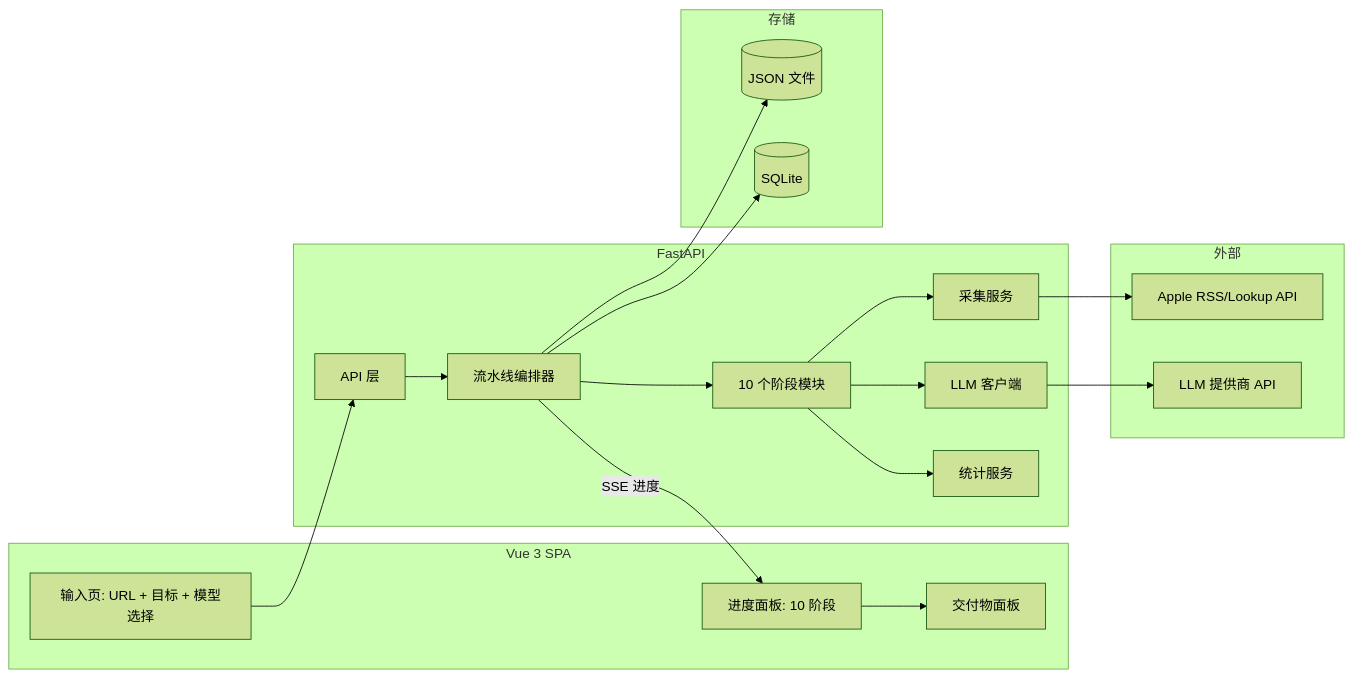
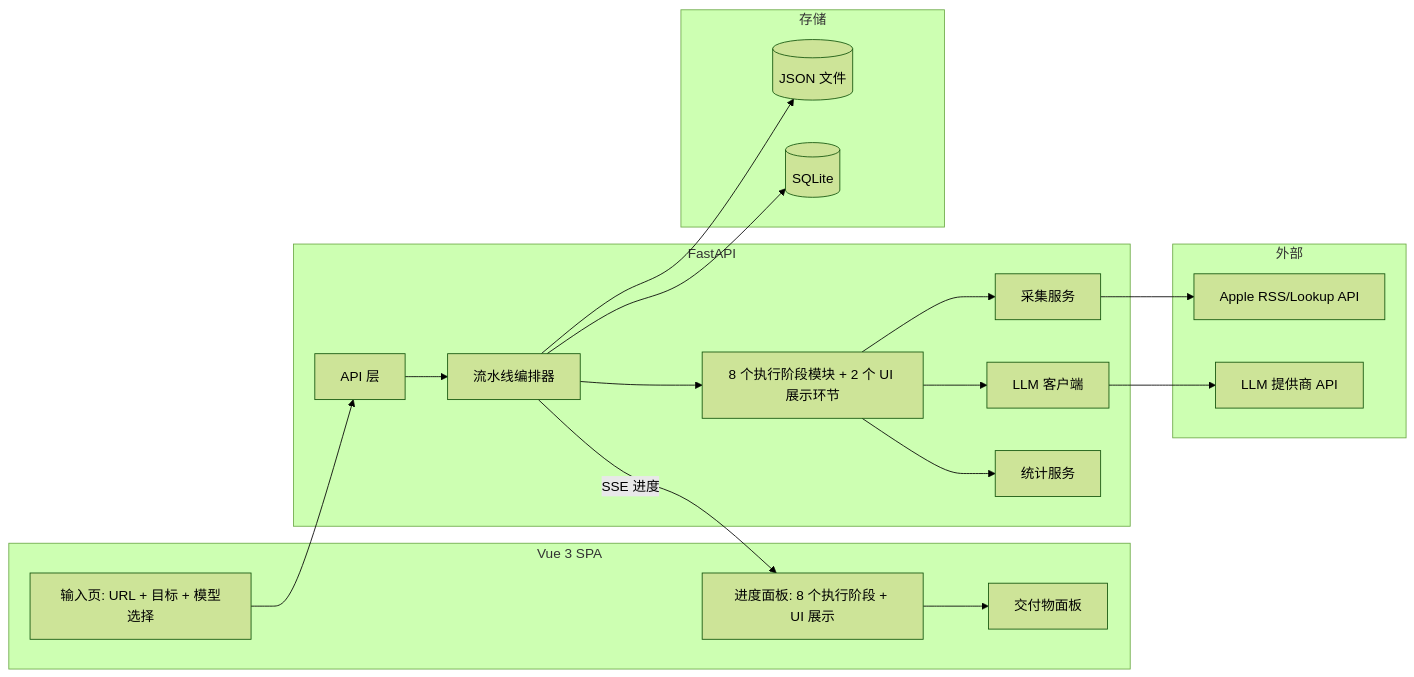
The diagram in docs/设计方案.md (starlight1108/laien), drawn with Mermaid (forest theme) before and after one commit. The commit also changed other lines of this file and 6 other files, not shown here.

````diff
--- a/docs/设计方案.md
+++ b/docs/设计方案.md
@@ -26,35 +26,35 @@
 ```mermaid
 flowchart LR
     subgraph 前端[Vue 3 SPA]
         INPUT[输入页: URL + 目标 + 模型选择]
-        PROG[进度面板: 10 阶段]
+        PROG[进度面板: 8 个执行阶段 + UI 展示]
         RESULT[交付物面板]
     end
     subgraph 后端[FastAPI]
         API[API 层]
         ORCH[流水线编排器]
-        STAGES[10 个阶段模块]
+        STAGES[8 个执行阶段模块 + 2 个 UI 展示环节]
         COLL[采集服务]
         LLM[LLM 客户端]
         STAT[统计服务]
     end
     subgraph 存储
         FILES[(JSON 文件)]
         DB[(SQLite)]
     end
     subgraph 外部
         APPLE[Apple RSS/Lookup API]
         PROVIDER[LLM 提供商 API]
     end
 
     INPUT --> API
     API --> ORCH
     ORCH --> STAGES
     STAGES --> COLL --> APPLE
     STAGES --> LLM --> PROVIDER
     STAGES --> STAT
     ORCH --> FILES
     ORCH --> DB
     ORCH -->|SSE 进度| PROG
     PROG --> RESULT
 ```
````
